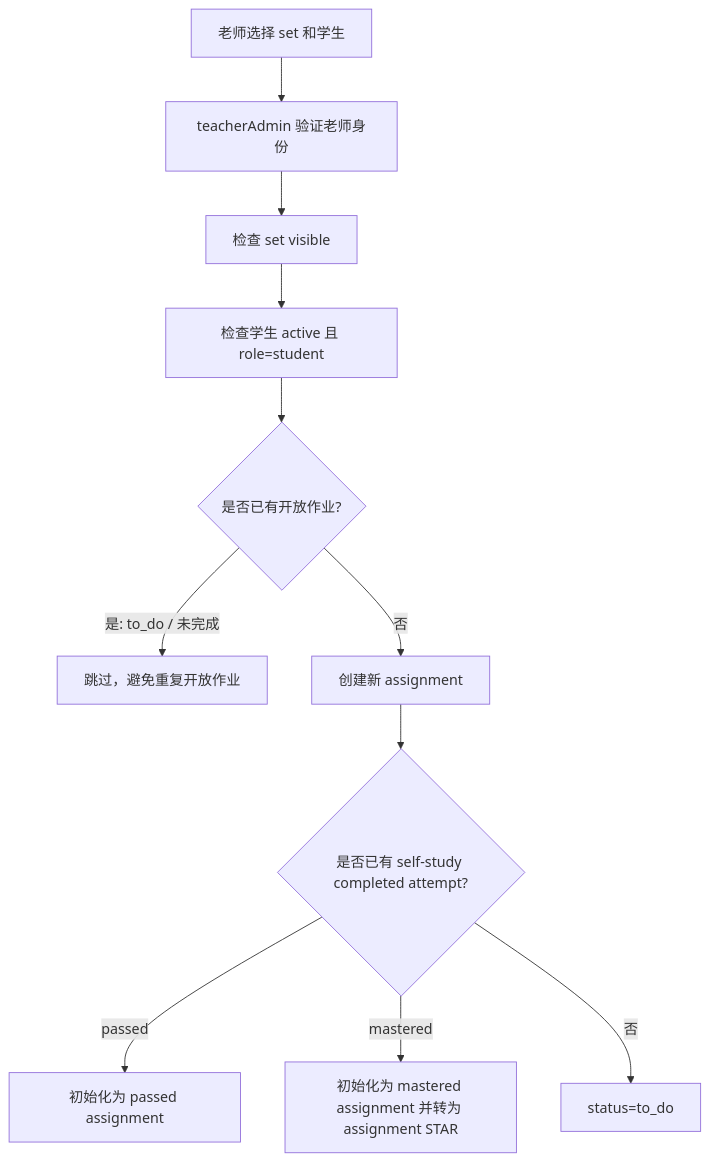
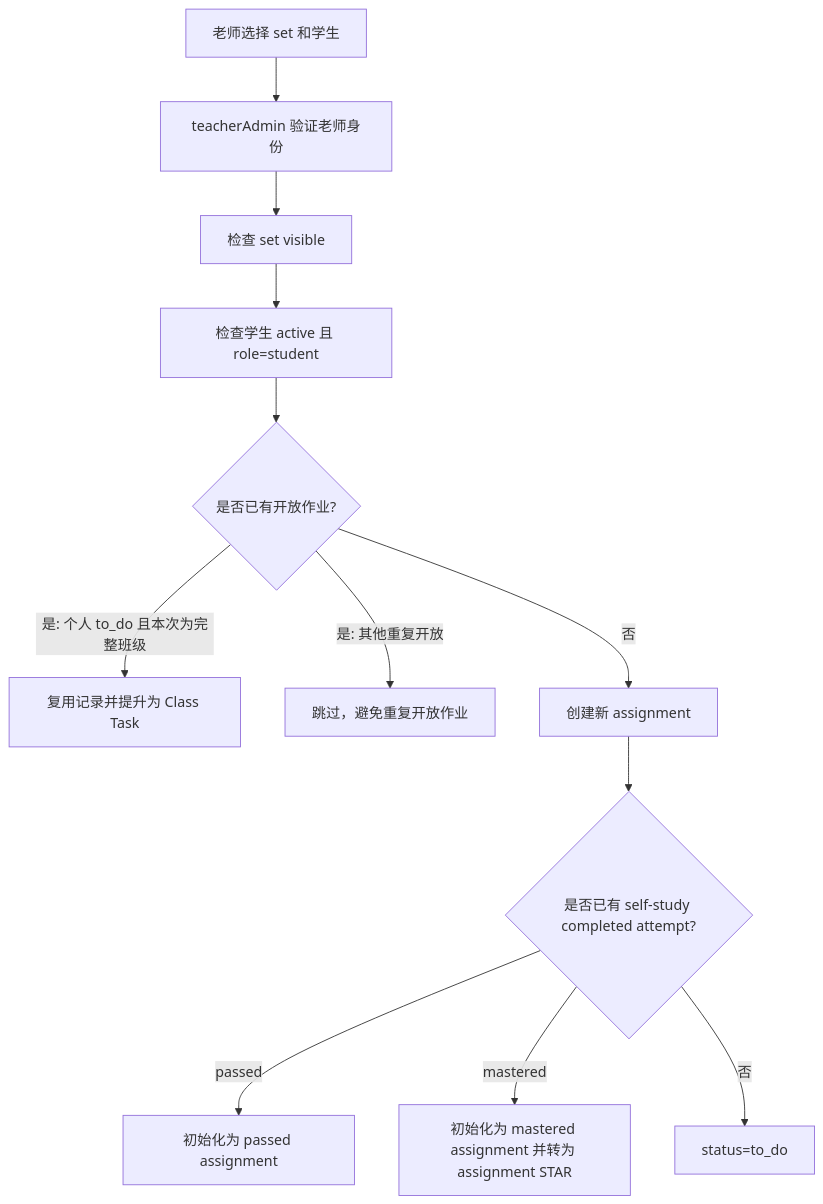
One commit to jxbleo/jxbleo.github.io changed the third of 6 diagrams in docs/01_PRODUCT_REQUIREMENTS.md. Above: the diagram before and after it, drawn with Mermaid. The commit also changed other lines of this file and 25 other files, not shown here.

````diff
--- a/docs/01_PRODUCT_REQUIREMENTS.md
+++ b/docs/01_PRODUCT_REQUIREMENTS.md
@@ -1057,13 +1070,14 @@
 ```mermaid
 flowchart TD
   A["老师选择 set 和学生"] --> B["teacherAdmin 验证老师身份"]
   B --> C["检查 set visible"]
   C --> D["检查学生 active 且 role=student"]
   D --> E{"是否已有开放作业?"}
-  E -->|是: to_do / 未完成| F["跳过，避免重复开放作业"]
+  E -->|是: 个人 to_do 且本次为完整班级| F["复用记录并提升为 Class Task"]
+  E -->|是: 其他重复开放| L["跳过，避免重复开放作业"]
   E -->|否| G["创建新 assignment"]
   G --> H{"是否已有 self-study completed attempt?"}
   H -->|passed| I["初始化为 passed assignment"]
   H -->|mastered| K["初始化为 mastered assignment 并转为 assignment STAR"]
   H -->|否| J["status=to_do"]
 ```
````
